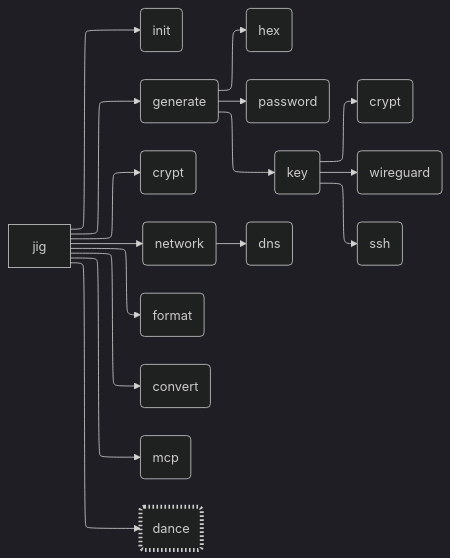
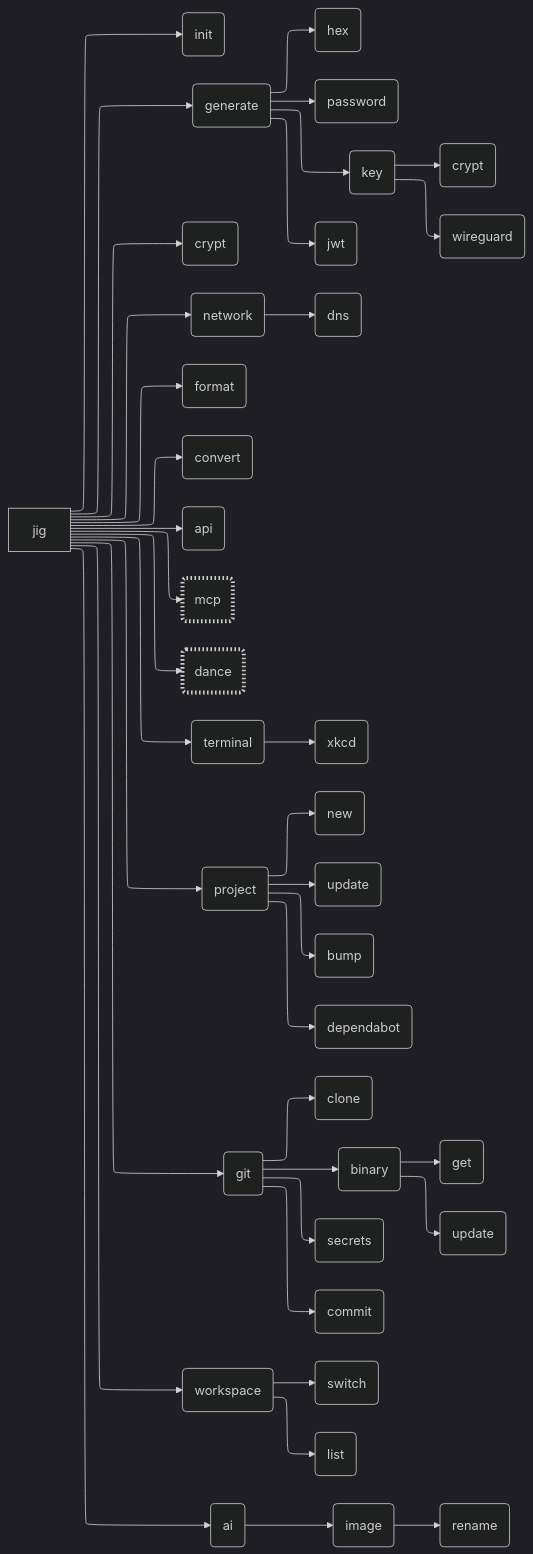
Before and after one commit to daveio/jig: the diagram in README.md, drawn with Mermaid. The commit also changed other lines of this file, not shown here.

````diff
--- a/README.md
+++ b/README.md
@@ -28,25 +35,47 @@
 ```mermaid
 ---
 config:
   theme: dark
   layout: elk
 ---
 graph LR
-  A[jig] --> 1(init)
-  A --> 2(generate)
-    2 --> 2A(hex)
-    2 --> 2B(password)
-    2 --> 2C(key)
-      2C --> 2C1(crypt)
-      2C --> 2C2(wireguard)
-      2C --> 2C3(ssh)
-  A --> 3(crypt)
-  A --> 4(network)
-    4 --> 4A(dns)
-  A --> 5(format)
-  A --> 6(convert)
-  A --> 7(mcp)
-  A --> 8(dance)
+  jig[jig] --> init(init)
+  jig --> generate(generate)
+    generate --> generateHex(hex)
+    generate --> generatePassword(password)
+    generate --> generateKey(key)
+      generateKey --> generateKeyCrypt(crypt)
+      generateKey --> generateKeyWireguard(wireguard)
+    generate --> generateJwt(jwt)
+  jig --> crypt(crypt)
+  jig --> network(network)
+    network --> networkDns(dns)
+  jig --> format(format)
+  jig --> convert(convert)
+  jig --> api(api)
+  jig --> mcp(mcp)
+  jig --> dance(dance)
+  jig --> terminal(terminal)
+    terminal --> terminalXKCD(xkcd)
+  jig --> project(project)
+    project --> projectNew(new)
+    project --> projectUpdate(update)
+    project --> projectBump(bump)
+    project --> projectDependabot(dependabot)
+  jig --> git(git)
+    git --> gitClone(clone)
+    git --> gitBinary(binary)
+      gitBinary --> gitBinaryGet(get)
+      gitBinary --> gitBinaryUpdate(update)
+    git --> gitSecrets(secrets)
+    git --> gitCommit(commit)
+  jig --> workspace(workspace)
+    workspace --> workspaceSwitch(switch)
+    workspace --> workspaceList(list)
+  jig --> ai(ai)
+    ai --> aiImage(image)
+      aiImage --> aiImageRename(rename)
 
-  style 8 stroke-dasharray: 2 3,stroke-width: 5px
+  style mcp stroke-dasharray: 2 3,stroke-width: 5px
+  style dance stroke-dasharray: 2 3,stroke-width: 5px
 ```
````
